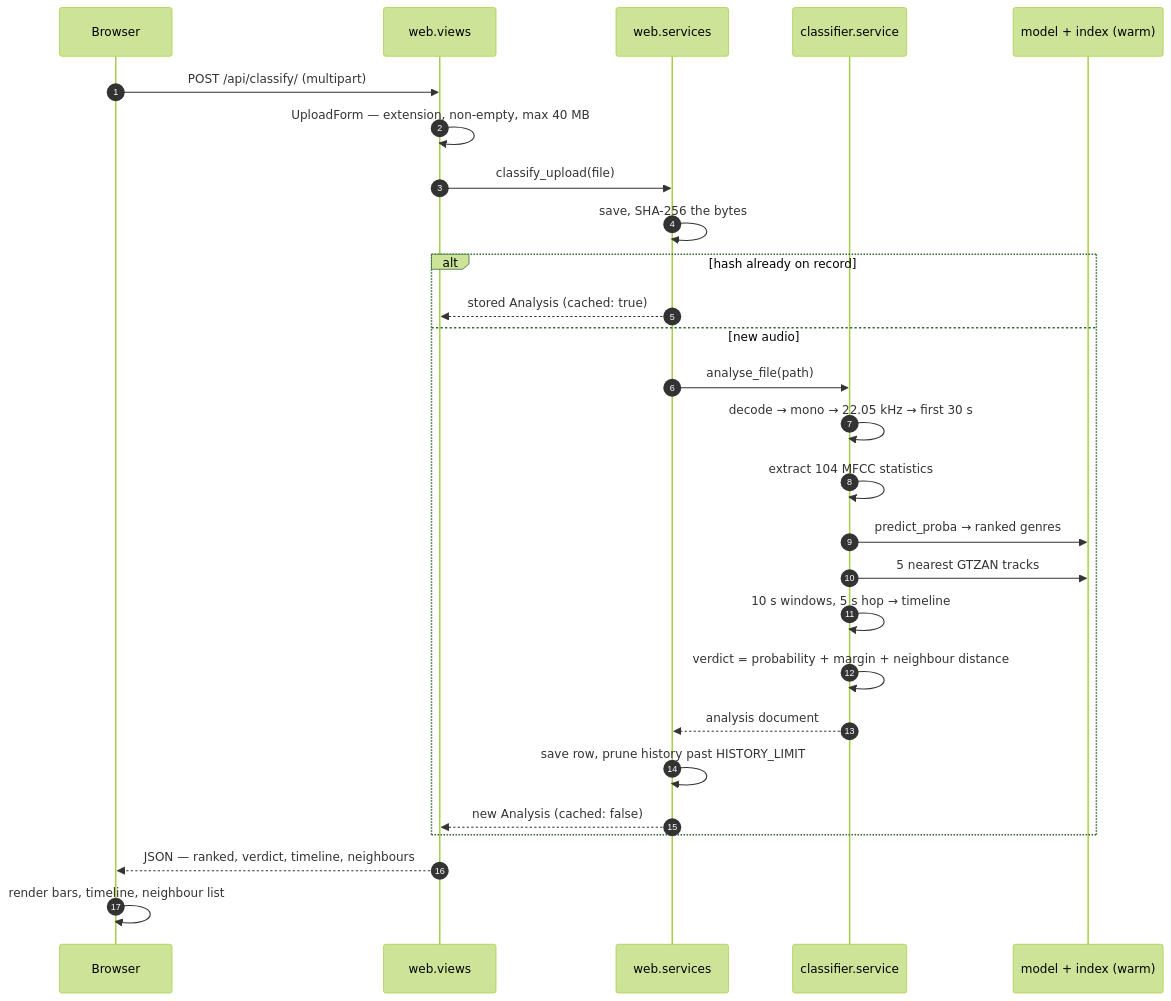
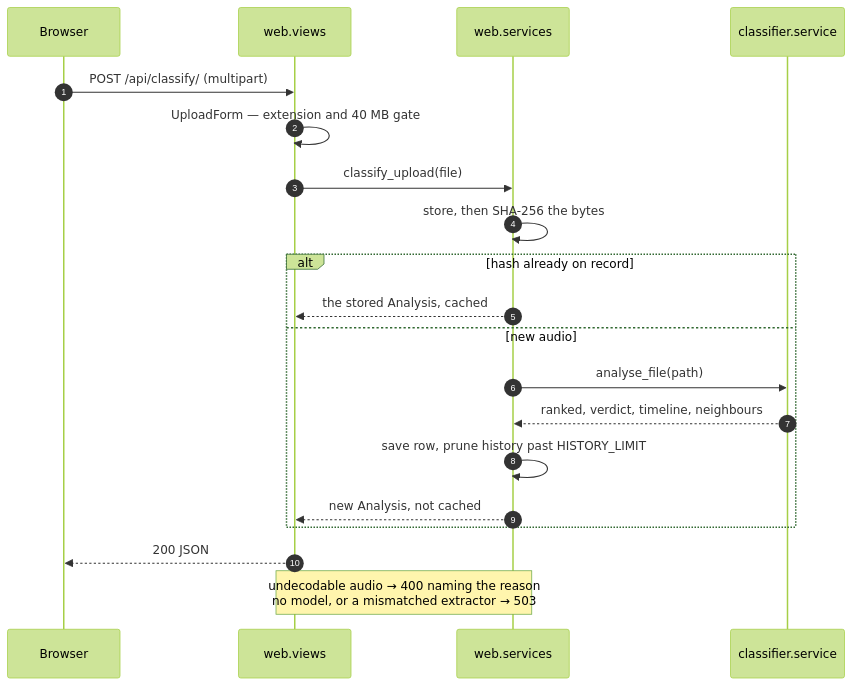
One commit to dev-sas002/audio-genre-tagger changed the second of 2 diagrams in README.md. Above: the diagram before and after it, drawn with Mermaid (forest theme). The commit also changed other lines of this file, not shown here.

````diff
--- a/README.md
+++ b/README.md
@@ -92,30 +200,22 @@
 ```mermaid
 sequenceDiagram
     autonumber
     participant B as Browser
     participant V as web.views
     participant S as web.services
     participant C as classifier.service
-    participant M as model + index (warm)
-
     B->>V: POST /api/classify/ (multipart)
-    V->>V: UploadForm — extension, non-empty, max 40 MB
+    V->>V: UploadForm — extension and 40 MB gate
     V->>S: classify_upload(file)
-    S->>S: save, SHA-256 the bytes
+    S->>S: store, then SHA-256 the bytes
     alt hash already on record
-        S-->>V: stored Analysis (cached: true)
+        S-->>V: the stored Analysis, cached
     else new audio
         S->>C: analyse_file(path)
-        C->>C: decode → mono → 22.05 kHz → first 30 s
-        C->>C: extract 104 MFCC statistics
-        C->>M: predict_proba → ranked genres
-        C->>M: 5 nearest GTZAN tracks
-        C->>C: 10 s windows, 5 s hop → timeline
-        C->>C: verdict = probability + margin + neighbour distance
-        C-->>S: analysis document
+        C-->>S: ranked, verdict, timeline, neighbours
         S->>S: save row, prune history past HISTORY_LIMIT
-        S-->>V: new Analysis (cached: false)
+        S-->>V: new Analysis, not cached
     end
-    V-->>B: JSON — ranked, verdict, timeline, neighbours
-    B->>B: render bars, timeline, neighbour list
+    V-->>B: 200 JSON
+    Note over V,S: undecodable audio → 400 naming the reason<br/>no model, or a mismatched extractor → 503
 ```
````
